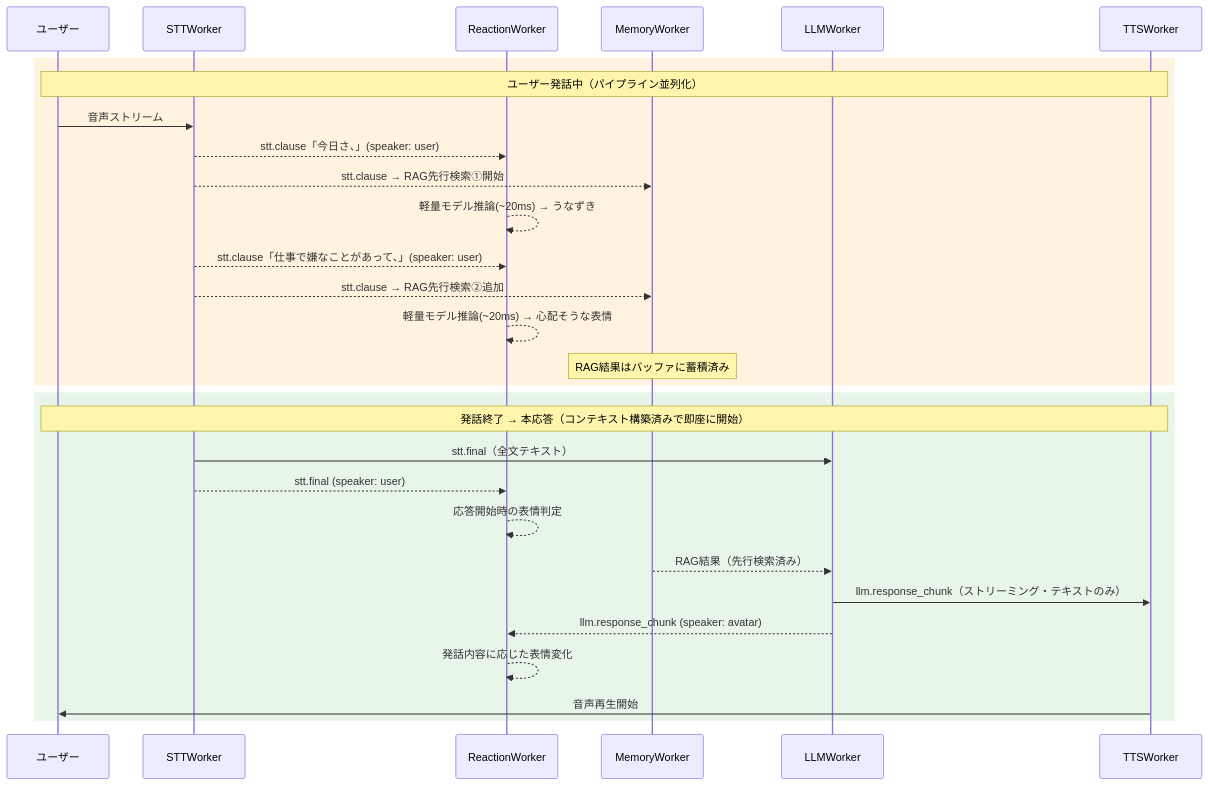
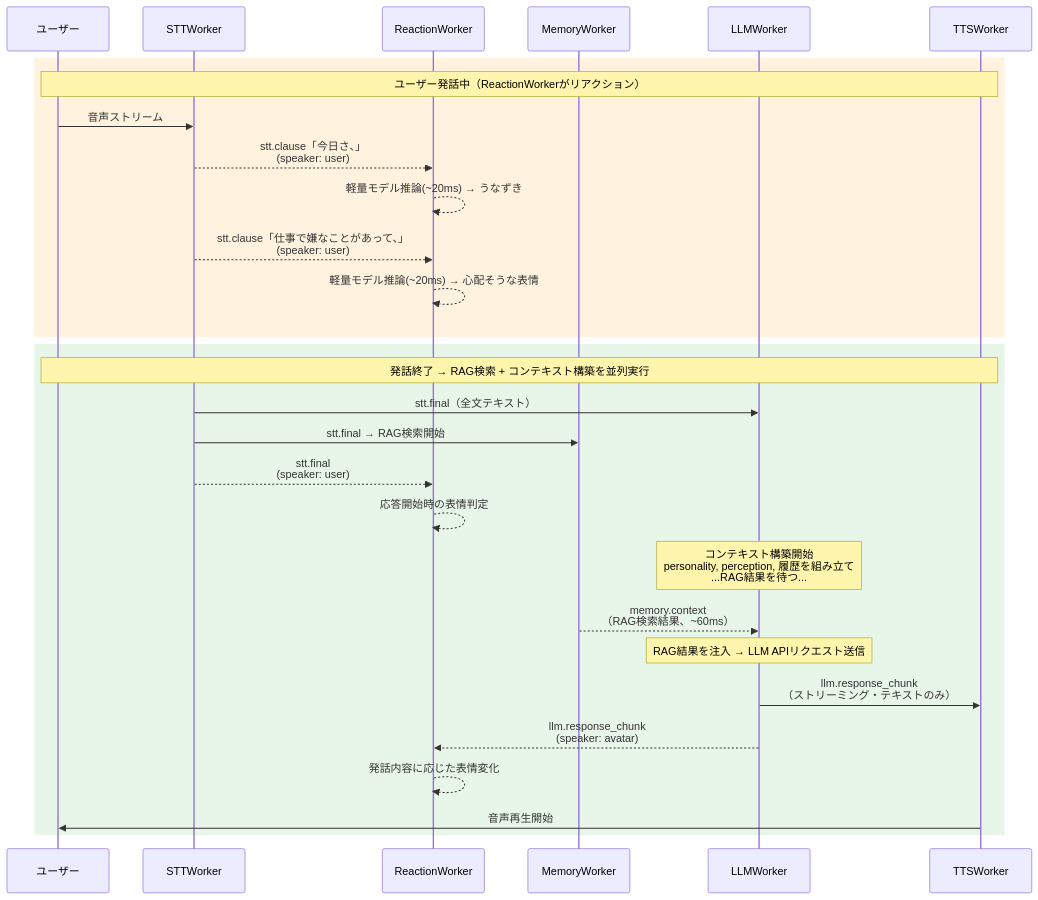
The third of 9 diagrams in docs/llm-conversation-design.md (miumo6329/ai-avatar-framework), drawn with Mermaid before and after one commit. The commit also changed other lines of this file and 3 other files, not shown here.

````diff
--- a/docs/llm-conversation-design.md
+++ b/docs/llm-conversation-design.md
@@ -101,33 +101,33 @@
 ```mermaid
 sequenceDiagram
     participant User as ユーザー
     participant STT as STTWorker
     participant RW as ReactionWorker
     participant Mem as MemoryWorker
     participant LLM as LLMWorker
     participant TTS as TTSWorker
 
     rect rgb(255, 243, 224)
-        Note over User, TTS: ユーザー発話中（パイプライン並列化）
+        Note over User, TTS: ユーザー発話中（ReactionWorkerがリアクション）
         User ->> STT: 音声ストリーム
-        STT -->> RW: stt.clause「今日さ、」(speaker: user)
-        STT -->> Mem: stt.clause → RAG先行検索①開始
+        STT -->> RW: stt.clause「今日さ、」<br/>(speaker: user)
         RW -->> RW: 軽量モデル推論(~20ms) → うなずき
-        STT -->> RW: stt.clause「仕事で嫌なことがあって、」(speaker: user)
-        STT -->> Mem: stt.clause → RAG先行検索②追加
+        STT -->> RW: stt.clause「仕事で嫌なことがあって、」<br/>(speaker: user)
         RW -->> RW: 軽量モデル推論(~20ms) → 心配そうな表情
-        Note over Mem: RAG結果はバッファに蓄積済み
     end
 
     rect rgb(232, 245, 233)
-        Note over User, TTS: 発話終了 → 本応答（コンテキスト構築済みで即座に開始）
+        Note over User, TTS: 発話終了 → RAG検索 + コンテキスト構築を並列実行
         STT ->> LLM: stt.final（全文テキスト）
-        STT -->> RW: stt.final (speaker: user)
+        STT ->> Mem: stt.final → RAG検索開始
+        STT -->> RW: stt.final <br/>(speaker: user)
         RW -->> RW: 応答開始時の表情判定
-        Mem -->> LLM: RAG結果（先行検索済み）
-        LLM ->> TTS: llm.response_chunk（ストリーミング・テキストのみ）
-        LLM -->> RW: llm.response_chunk (speaker: avatar)
+        Note over LLM: コンテキスト構築開始<br/>personality, perception, 履歴を組み立て<br/>...RAG結果を待つ...
+        Mem -->> LLM: memory.context<br/>（RAG検索結果、~60ms）
+        Note over LLM: RAG結果を注入 → LLM APIリクエスト送信
+        LLM ->> TTS: llm.response_chunk<br/>（ストリーミング・テキストのみ）
+        LLM -->> RW: llm.response_chunk<br/>(speaker: avatar)
         RW -->> RW: 発話内容に応じた表情変化
         TTS ->> User: 音声再生開始
     end
 ```
````
